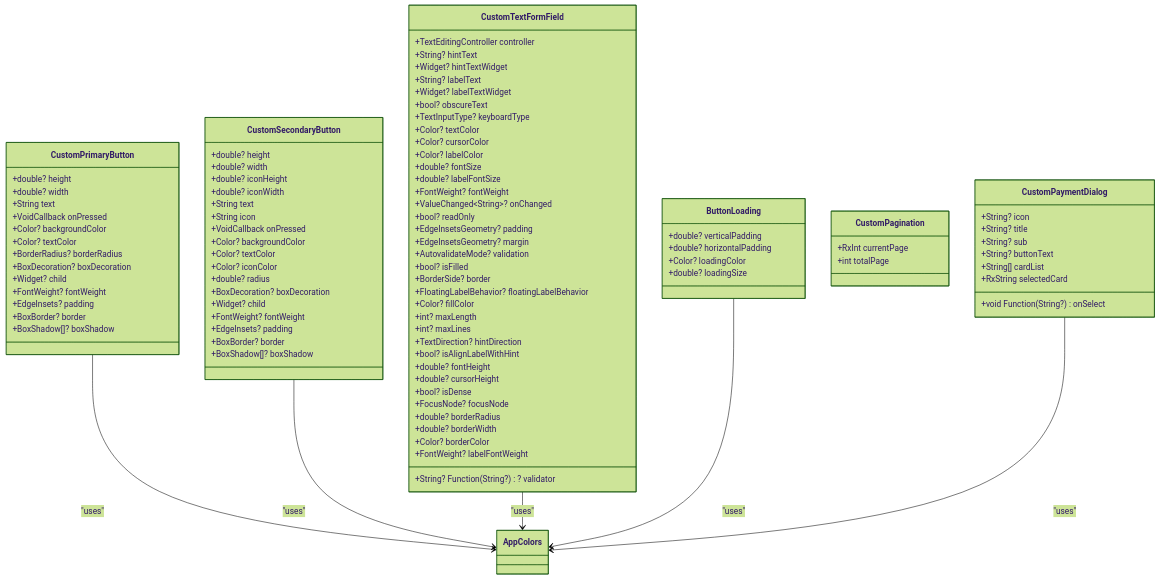
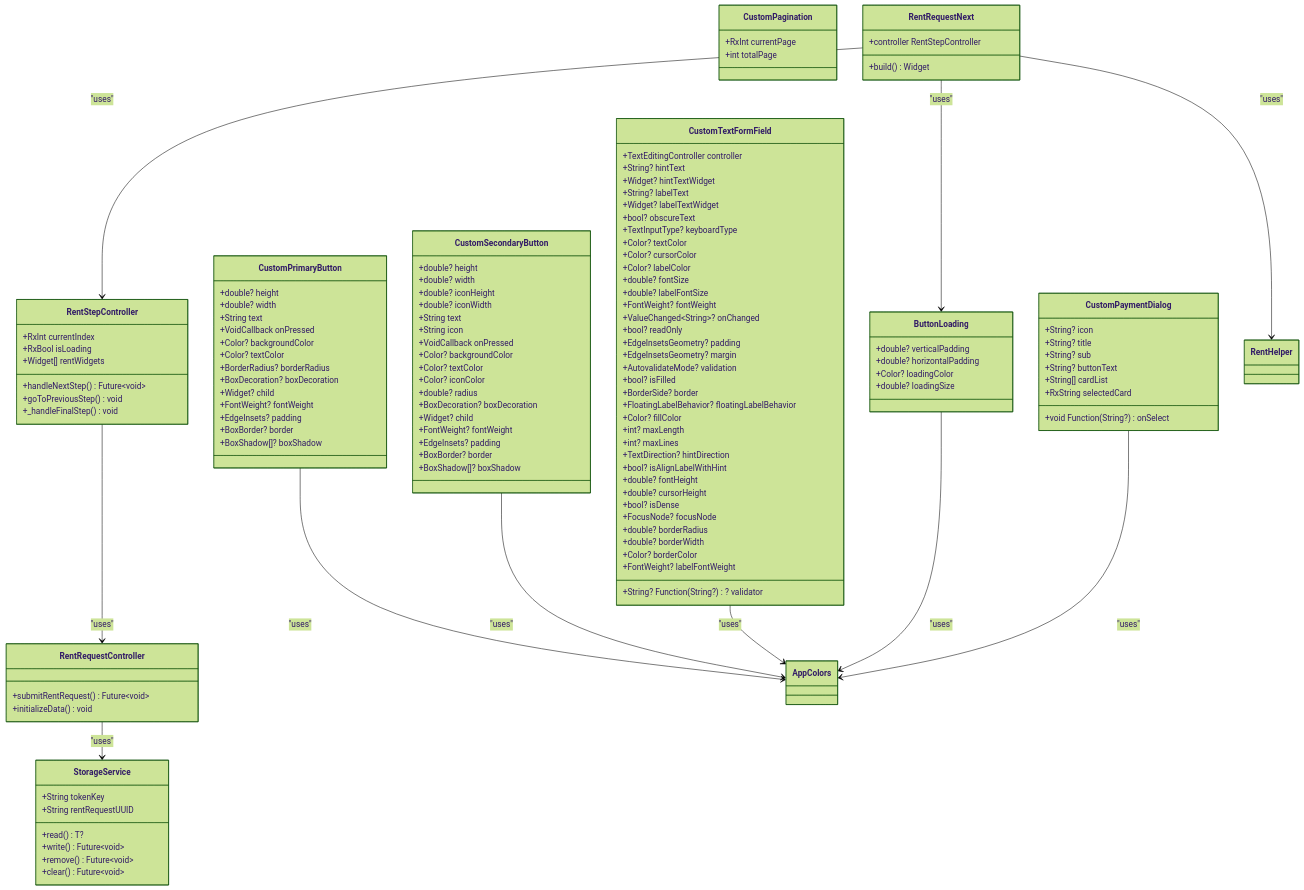
The second of 5 diagrams in .qoder/repowiki/en/content/Shared Components and Utilities.md (Ariful3111/FurniGo), drawn with Mermaid (forest theme) before and after one commit. The commit also changed other lines of this file and 10 other files, not shown here.

Commit message:
Rent Request Step One Completed

````diff
--- a/.qoder/repowiki/en/content/Shared Components and Utilities.md
+++ b/.qoder/repowiki/en/content/Shared Components and Utilities.md
@@ -225,9 +274,38 @@
 +RxString selectedCard
 +void Function(String?) onSelect
 }
+class RentRequestNext {
++controller RentStepController
++build() Widget
+}
+class RentStepController {
++RxInt currentIndex
++RxBool isLoading
++Widget[] rentWidgets
++handleNextStep() Future~void~
++goToPreviousStep() void
++_handleFinalStep() void
+}
+class StorageService {
++String tokenKey
++String rentRequestUUID
++read() T?
++write() Future~void~
++remove() Future~void~
++clear() Future~void~
+}
+class RentRequestController {
++submitRentRequest() Future~void~
++initializeData() void
+}
 CustomPrimaryButton --> AppColors : "uses"
 CustomSecondaryButton --> AppColors : "uses"
 CustomTextFormField --> AppColors : "uses"
 ButtonLoading --> AppColors : "uses"
 CustomPaymentDialog --> AppColors : "uses"
+RentRequestNext --> RentStepController : "uses"
+RentRequestNext --> ButtonLoading : "uses"
+RentRequestNext --> RentHelper : "uses"
+RentStepController --> RentRequestController : "uses"
+RentRequestController --> StorageService : "uses"
 ```
````
